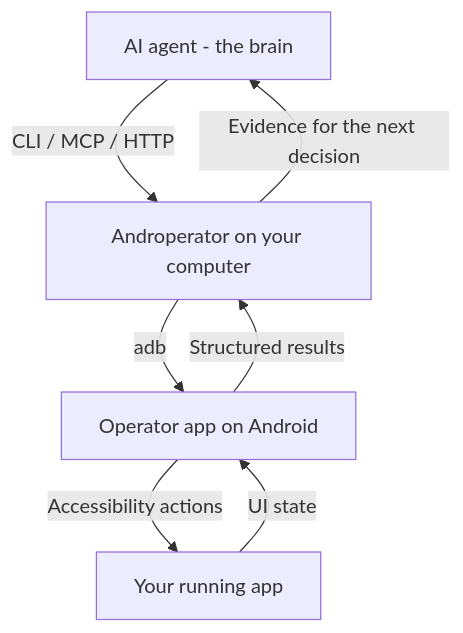
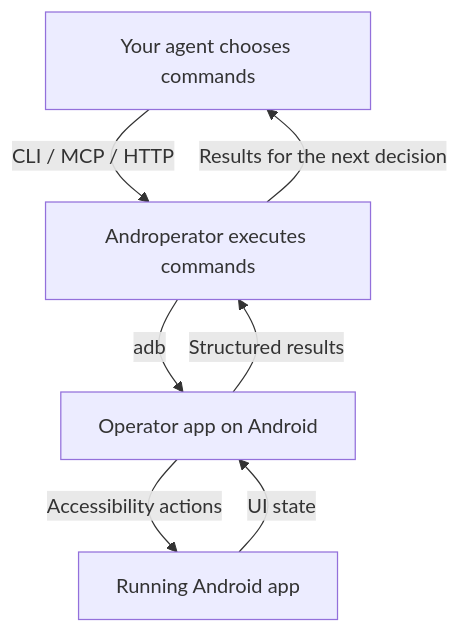
The third of 3 diagrams in README.md (androperator/androperator), drawn with Mermaid before and after one commit. The commit also changed other lines of this file and 1 other file, not shown here.

Commit message:
docs(site): sharpen copy around agent decisions and Android execution

````diff
--- a/README.md
+++ b/README.md
@@ -64,11 +76,11 @@
 ```mermaid
 flowchart TB
     accTitle: Agent and Androperator architecture
     accDescr: The agent calls the host CLI, MCP server, or HTTP API. Androperator uses adb and the Android Operator to act on the app and return evidence.
-    A[AI agent - the brain] -->|CLI / MCP / HTTP| B[Androperator on your computer]
+    A[Your agent chooses commands] -->|CLI / MCP / HTTP| B[Androperator executes commands]
     B -->|adb| C[Operator app on Android]
-    C -->|Accessibility actions| D[Your running app]
+    C -->|Accessibility actions| D[Running Android app]
     D -->|UI state| C
     C -->|Structured results| B
-    B -->|Evidence for the next decision| A
+    B -->|Results for the next decision| A
 ```
````
